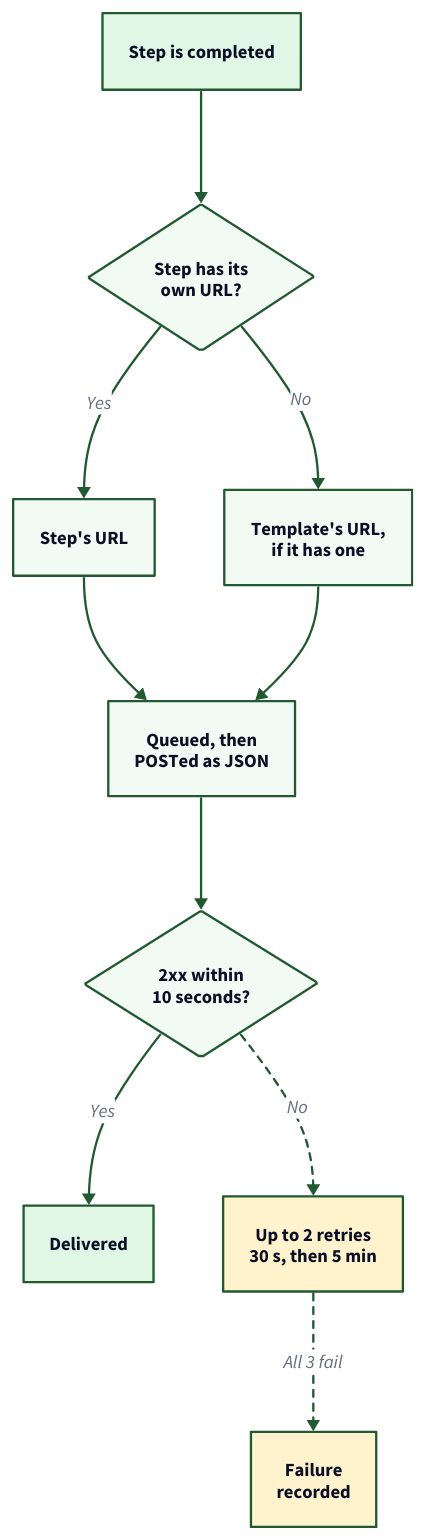
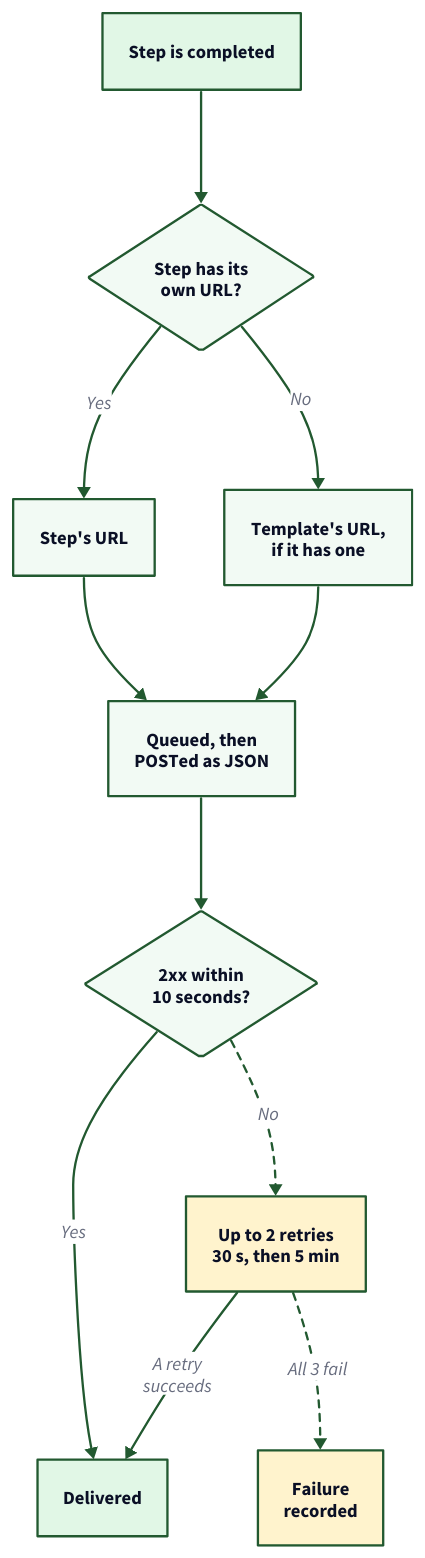
One commit to tallyfy/documentation changed the diagram in src/content/docs/pro/integrations/webhooks/how-to-set-up-webhooks-in-tallyfy.mdx. Above: the diagram before and after it, drawn with D2. The commit also changed 9 other files, not shown here.

First line of the commit message:
Take the four diagram reviews' small fixes

```diff
--- a/src/content/docs/pro/integrations/webhooks/how-to-set-up-webhooks-in-tallyfy.mdx
+++ b/src/content/docs/pro/integrations/webhooks/how-to-set-up-webhooks-in-tallyfy.mdx
@@ -123,6 +123,9 @@
   style.stroke: "#225930"
   style.stroke-dash: 3
 }
+Retry -> Done: "A retry\nsucceeds" {
+  style.stroke: "#225930"
+}
 Retry -> Fail: "All 3 fail" {
   style.stroke: "#225930"
   style.stroke-dash: 3
```
